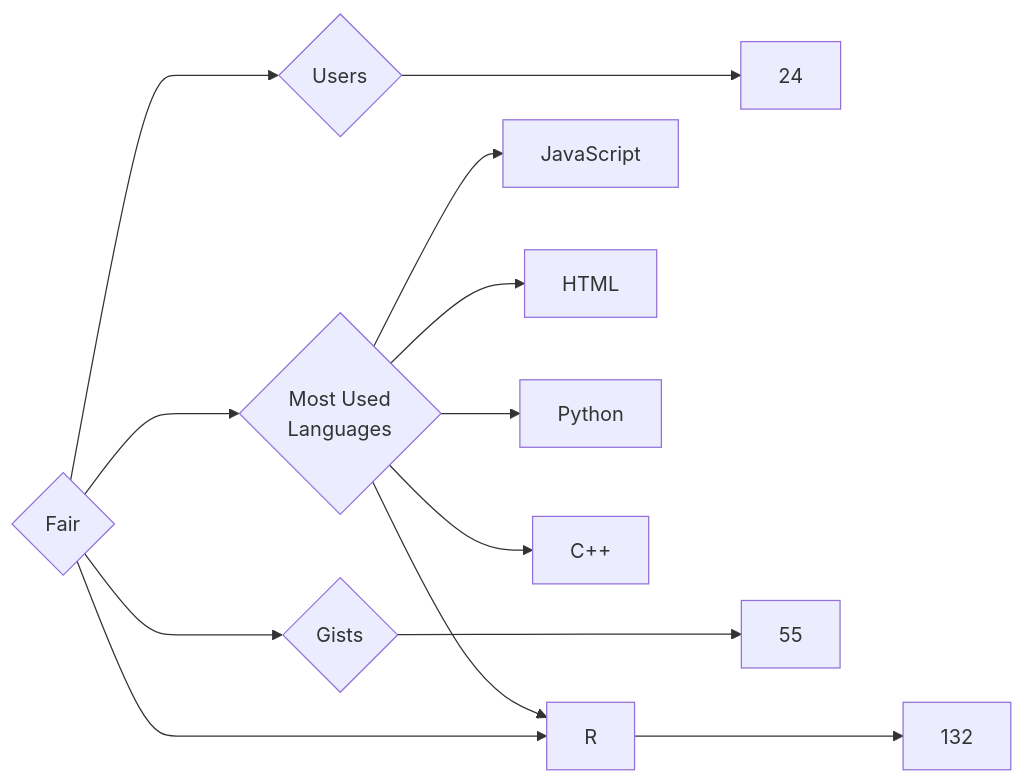
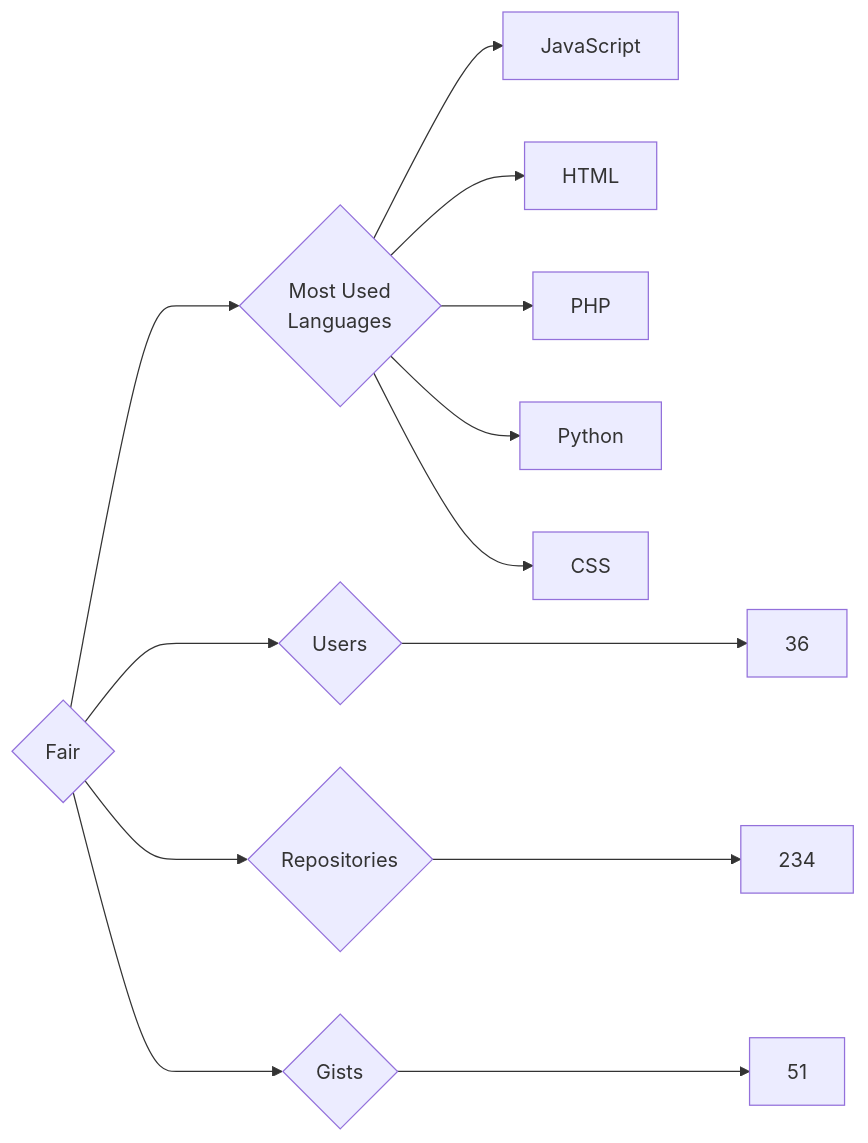
The diagram in targets/Fair/README.md (trickest/insiders), drawn with Mermaid before and after one commit. The commit also changed 965 other files, not shown here.

````diff
--- a/targets/Fair/README.md
+++ b/targets/Fair/README.md
@@ -3,13 +3,13 @@
 ```mermaid
 graph LR
 COMPANY_NAME{Fair}
-COMPANY_NAME ---> U{Users} ---> UN[24]
-COMPANY_NAME ---> R{Repositories} ---> RN[132]
-COMPANY_NAME ---> G{Gists} ---> GN[55]
+COMPANY_NAME ---> U{Users} ---> UN[36]
+COMPANY_NAME ---> R{Repositories} ---> RN[234]
+COMPANY_NAME ---> G{Gists} ---> GN[51]
 COMPANY_NAME ---> ML{Most Used<br>Languages}
 ML --> JavaScript[JavaScript]
 ML --> HTML[HTML]
+ML --> PHP[PHP]
 ML --> Python[Python]
-ML --> R[R]
-ML --> C++[C++]
+ML --> CSS[CSS]
 ```
````
